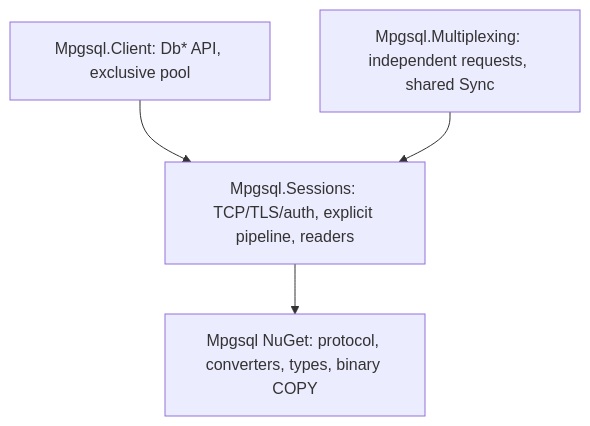
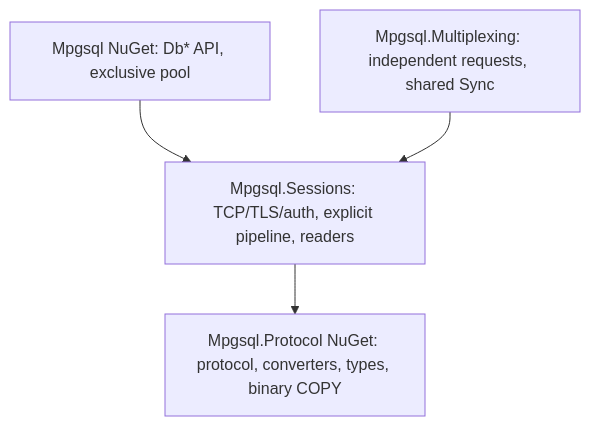
Before and after one commit to Gagarin23/mpgsql: the diagram in docs/upper-api.md, drawn with Mermaid. The commit also changed other lines of this file and 220 other files, not shown here.

````diff
--- a/docs/upper-api.md
+++ b/docs/upper-api.md
@@ -9,7 +11,7 @@
 ```mermaid
 flowchart TB
-    Client["Mpgsql.Client: Db* API, exclusive pool"] --> Sessions
+    Client["Mpgsql NuGet: Db* API, exclusive pool"] --> Sessions
     Multiplexing["Mpgsql.Multiplexing: independent requests, shared Sync"] --> Sessions
     Sessions["Mpgsql.Sessions: TCP/TLS/auth, explicit pipeline, readers"] --> Core
-    Core["Mpgsql NuGet: protocol, converters, types, binary COPY"]
+    Core["Mpgsql.Protocol NuGet: protocol, converters, types, binary COPY"]
 ```
````
